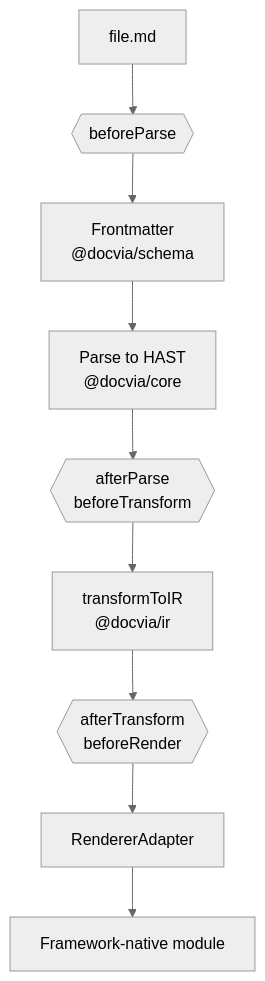
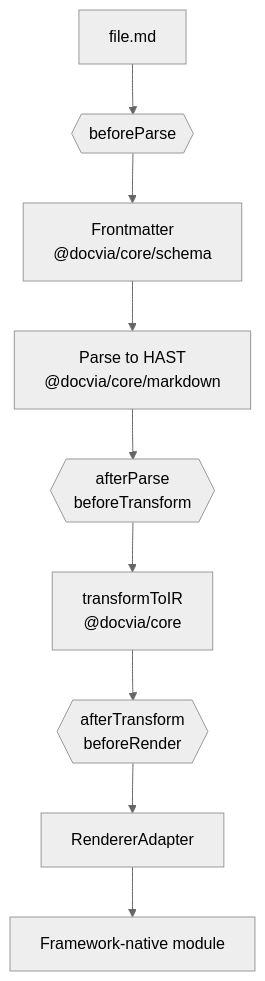
One commit to kanakkholwal/docvia changed the third of 4 diagrams in apps/web/src/docs/guide/architecture.md. Above: the diagram before and after it, drawn with Mermaid (neutral theme). The commit also changed other lines of this file and 537 other files, not shown here.

````diff
--- a/apps/web/src/docs/guide/architecture.md
+++ b/apps/web/src/docs/guide/architecture.md
@@ -104,12 +105,12 @@
 ```mermaid
 %% title: The seven stages of a compile
 flowchart TD
   F["file.md"] --> H1{{"beforeParse"}}
-  H1 --> FM["Frontmatter<br/>@docvia/schema"]
-  FM --> PA["Parse to HAST<br/>@docvia/core"]
+  H1 --> FM["Frontmatter<br/>@docvia/core/schema"]
+  FM --> PA["Parse to HAST<br/>@docvia/core/markdown"]
   PA --> H2{{"afterParse<br/>beforeTransform"}}
-  H2 --> TR["transformToIR<br/>@docvia/ir"]
+  H2 --> TR["transformToIR<br/>@docvia/core"]
   TR --> H3{{"afterTransform<br/>beforeRender"}}
   H3 --> RE["RendererAdapter"]
   RE --> OUT["Framework-native module"]
 ```
````
